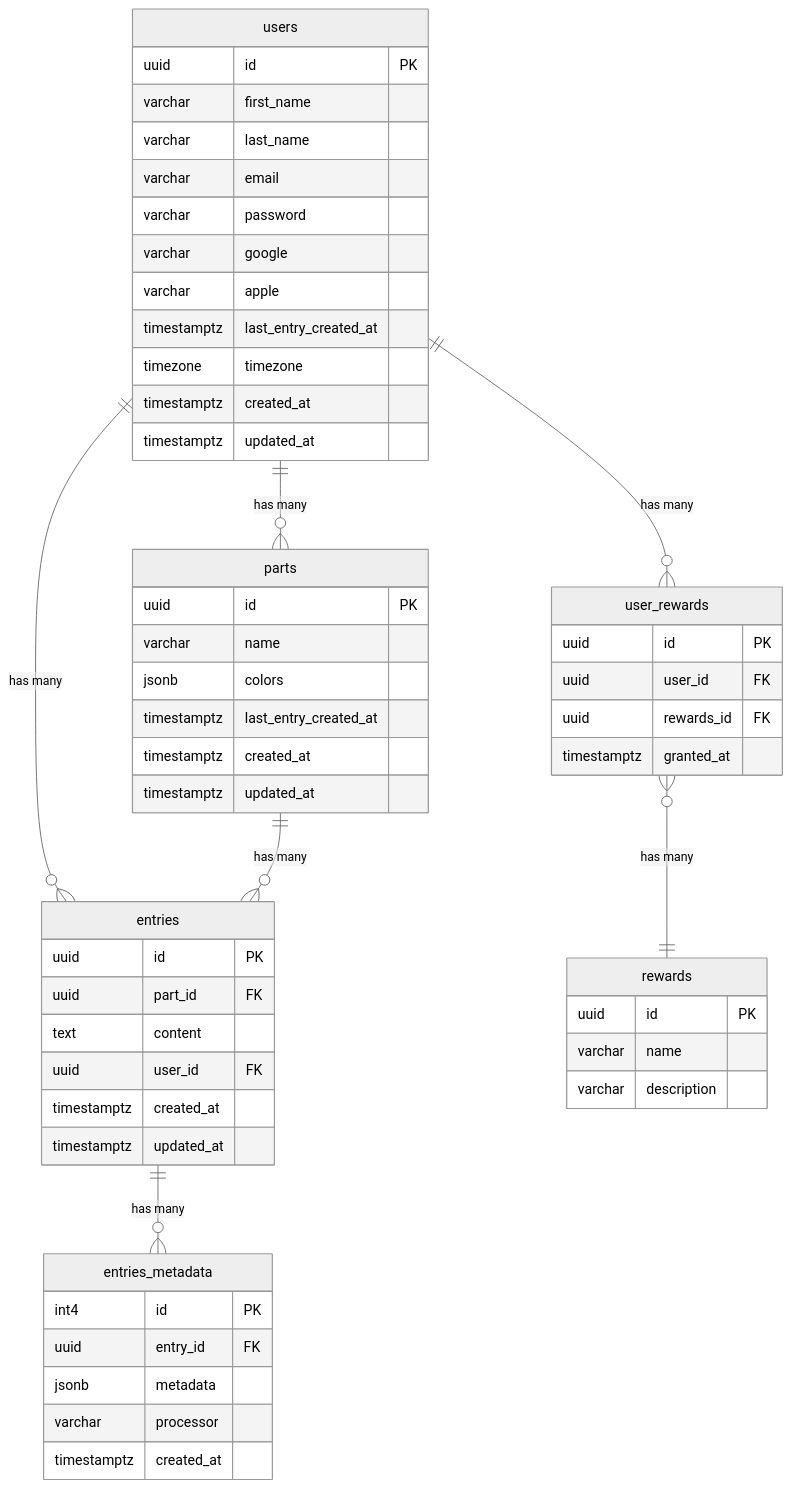
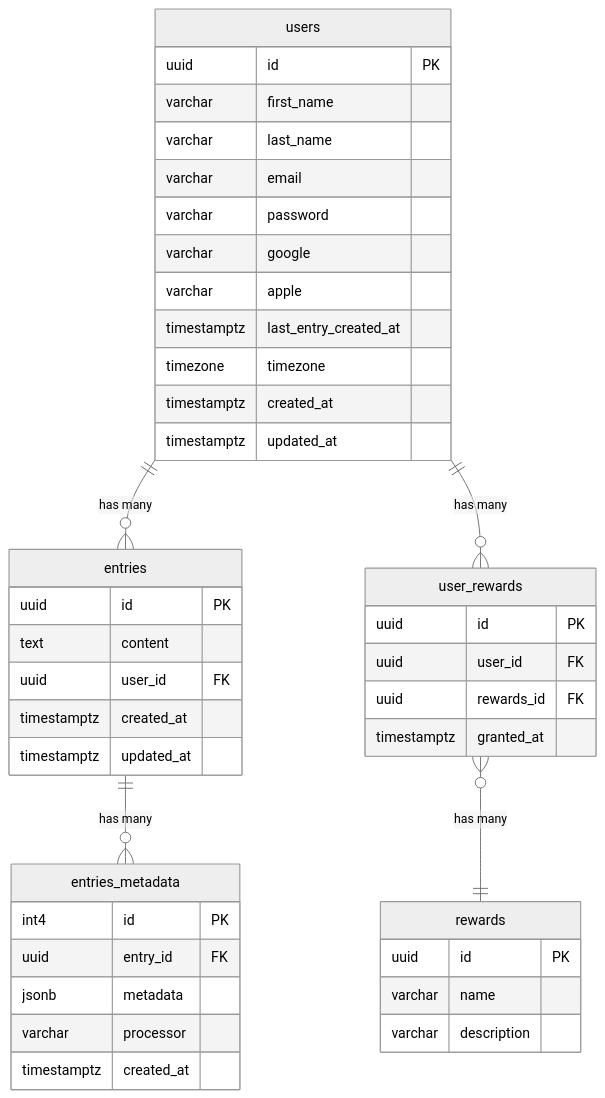
The second of 2 diagrams in README.md (moooood-app/moooood), drawn with Mermaid (neutral theme) before and after one commit. The commit also changed 48 other files, not shown here.

````diff
--- a/README.md
+++ b/README.md
@@ -35,66 +35,53 @@
 ```mermaid
 erDiagram
     users ||--o{ entries : "has many"
-    users ||--o{ parts : "has many"
     users ||--o{ user_rewards : "has many"
     users {
         uuid id PK
         varchar first_name
         varchar last_name
         varchar email
         varchar password
         varchar google
         varchar apple
         %% not implemented yet
         timestamptz last_entry_created_at
         timezone timezone
-        timestamptz created_at
-        timestamptz updated_at
-    }
-
-    parts ||--o{ entries : "has many"
-    %% not implemented yet
-    parts {
-        uuid id PK
-        varchar name
-        jsonb colors
-        timestamptz last_entry_created_at
         timestamptz created_at
         timestamptz updated_at
     }
 
     user_rewards }o--|| rewards : "has many"
     %% not implemented yet
     rewards {
         uuid id PK
         varchar name
         varchar description
     }
 
     %% not implemented yet
     user_rewards {
         uuid id PK
         uuid user_id FK
         uuid rewards_id FK
         timestamptz granted_at
     }
 
 
     entries {
         uuid id PK
-        uuid part_id FK
         text content
         uuid user_id FK
         timestamptz created_at
         timestamptz updated_at
     }
 
     entries ||--o{ entries_metadata : "has many"
     entries_metadata {
         int4 id PK
         uuid entry_id FK
         jsonb metadata
         varchar processor
         timestamptz created_at
     }
 ```
````
